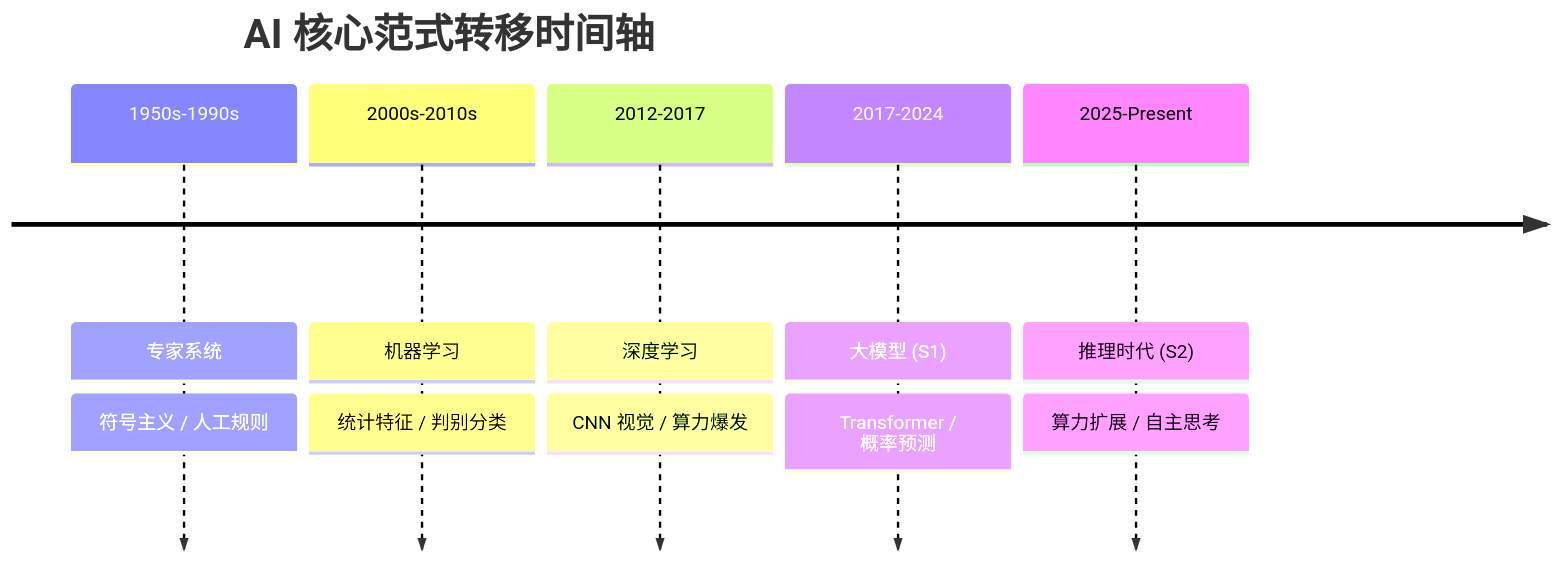
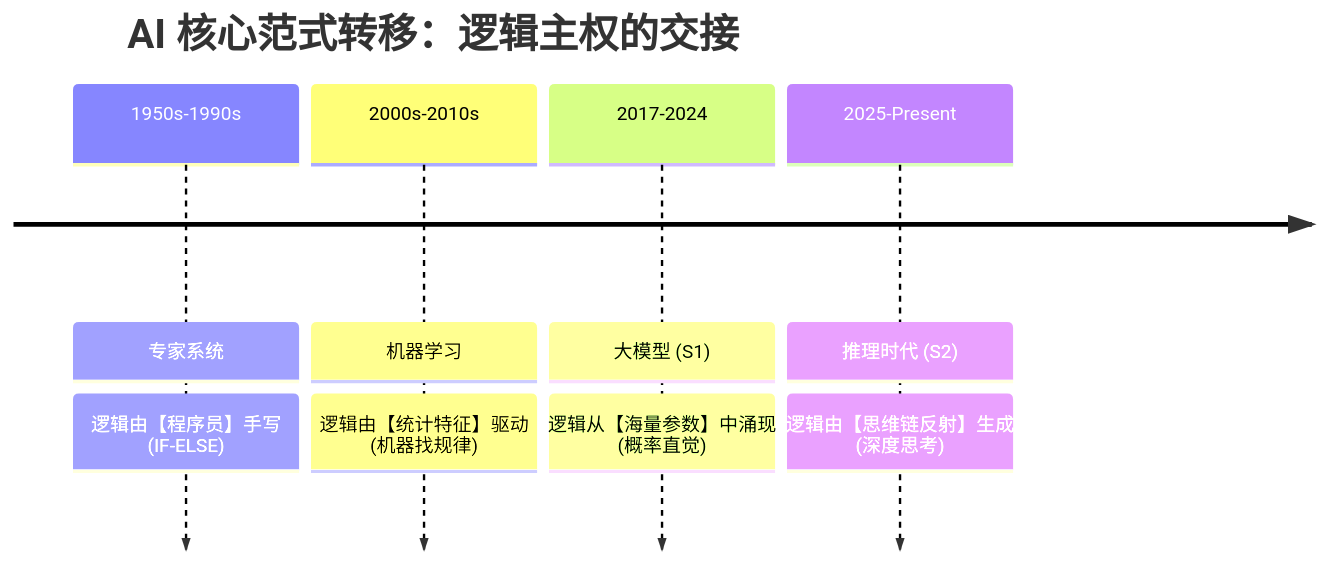
Before and after one commit to wangchong2023/ai-learning: the fourth of 41 diagrams in doc/AI_Knowledge_Roadmap.md, drawn with Mermaid. The commit also changed other lines of this file, not shown here.

Commit message:
docs: update AI knowledge roadmap with new learning resources and milestones

````diff
--- a/doc/AI_Knowledge_Roadmap.md
+++ b/doc/AI_Knowledge_Roadmap.md
@@ -194,9 +194,8 @@
 ```mermaid
 timeline
-    title AI 核心范式转移时间轴
-    1950s-1990s : 专家系统 : 符号主义 / 人工规则
-    2000s-2010s : 机器学习 : 统计特征 / 判别分类
-    2012-2017   : 深度学习 : CNN 视觉 / 算力爆发
-    2017-2024   : 大模型 (S1) : Transformer / 概率预测
-    2025-Present : 推理时代 (S2) : 算力扩展 / 自主思考
+    title AI 核心范式转移：逻辑主权的交接
+    1950s-1990s : 专家系统 : 逻辑由【程序员】手写 (IF-ELSE)
+    2000s-2010s : 机器学习 : 逻辑由【统计特征】驱动 (机器找规律)
+    2017-2024   : 大模型 (S1) : 逻辑从【海量参数】中涌现 (概率直觉)
+    2025-Present : 推理时代 (S2) : 逻辑由【思维链反射】生成 (深度思考)
 ```
````
